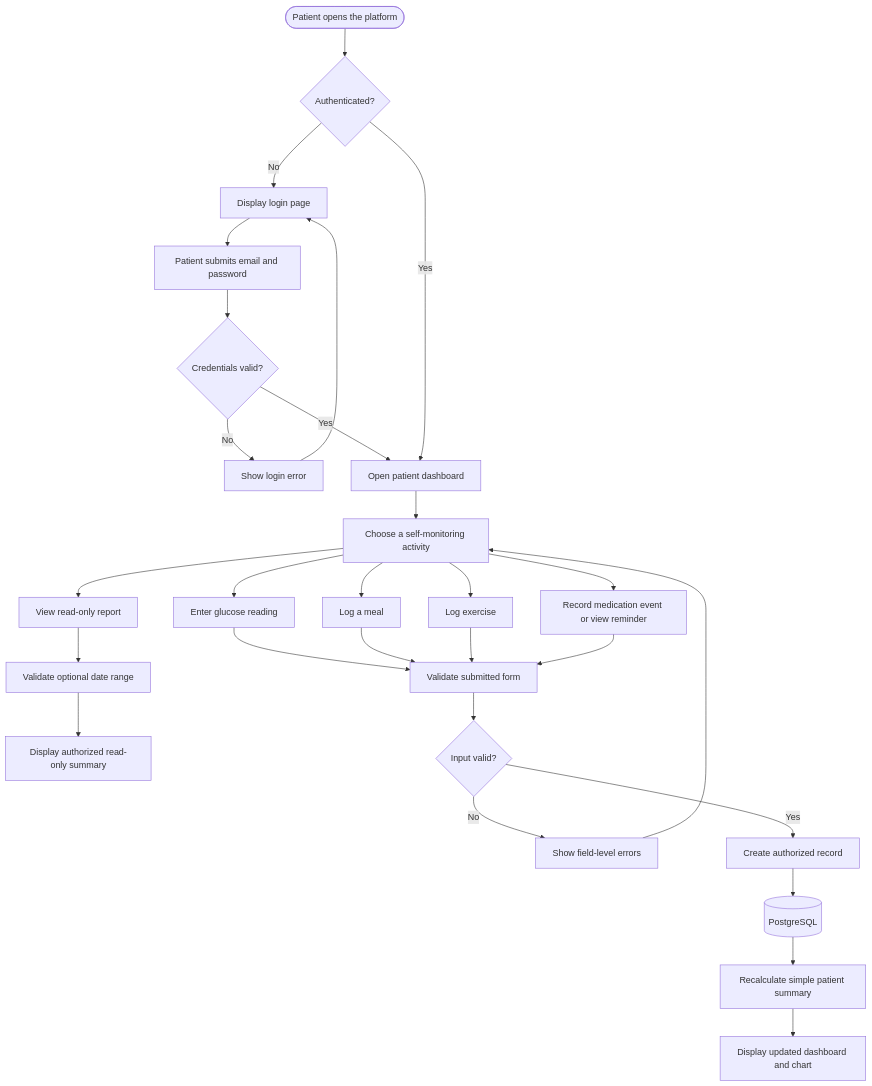
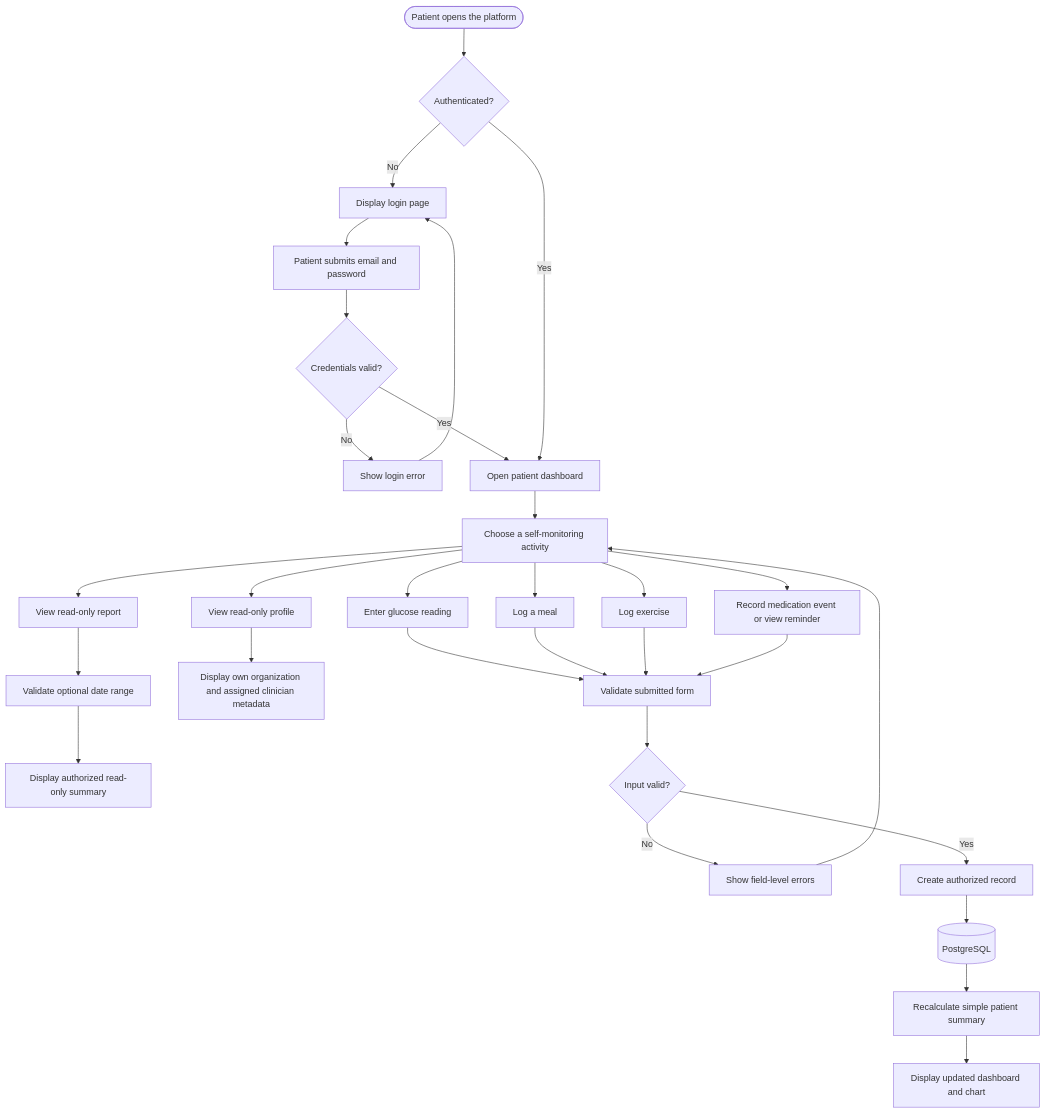
Before and after one commit to R-gitonga/AfyaGlyco: the third of 7 diagrams in docs/system-tutorials.md, drawn with Mermaid. The commit also changed other lines of this file and 28 other files, not shown here.

````diff
--- a/docs/system-tutorials.md
+++ b/docs/system-tutorials.md
@@ -87,32 +93,34 @@
 ```mermaid
 flowchart TD
     Start([Patient opens the platform]) --> Login{Authenticated?}
     Login -->|No| LoginPage[Display login page]
     LoginPage --> Credentials[Patient submits email and password]
     Credentials --> CheckAuth{Credentials valid?}
     CheckAuth -->|No| LoginError[Show login error]
     LoginError --> LoginPage
     CheckAuth -->|Yes| PatientHome[Open patient dashboard]
     Login -->|Yes| PatientHome
 
     PatientHome --> Choose[Choose a self-monitoring activity]
     Choose --> Glucose[Enter glucose reading]
     Choose --> Meal[Log a meal]
     Choose --> Exercise[Log exercise]
     Choose --> Medication[Record medication event or view reminder]
     Choose --> Report[View read-only report]
+    Choose --> Profile[View read-only profile]
     Report --> ReportFilters[Validate optional date range]
     ReportFilters --> ReportSummary[Display authorized read-only summary]
+    Profile --> ProfileSummary[Display own organization and assigned clinician metadata]
 
     Glucose --> Form[Validate submitted form]
     Meal --> Form
     Exercise --> Form
     Medication --> Form
     Form --> Valid{Input valid?}
     Valid -->|No| Errors[Show field-level errors]
     Errors --> Choose
     Valid -->|Yes| Save[Create authorized record]
     Save --> DB[(PostgreSQL)]
     DB --> Summary[Recalculate simple patient summary]
     Summary --> Dashboard[Display updated dashboard and chart]
 ```
````
